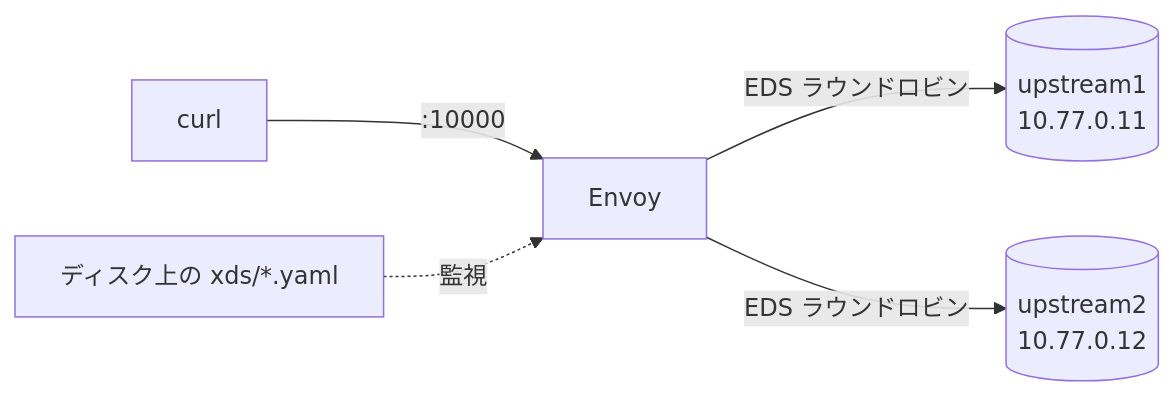
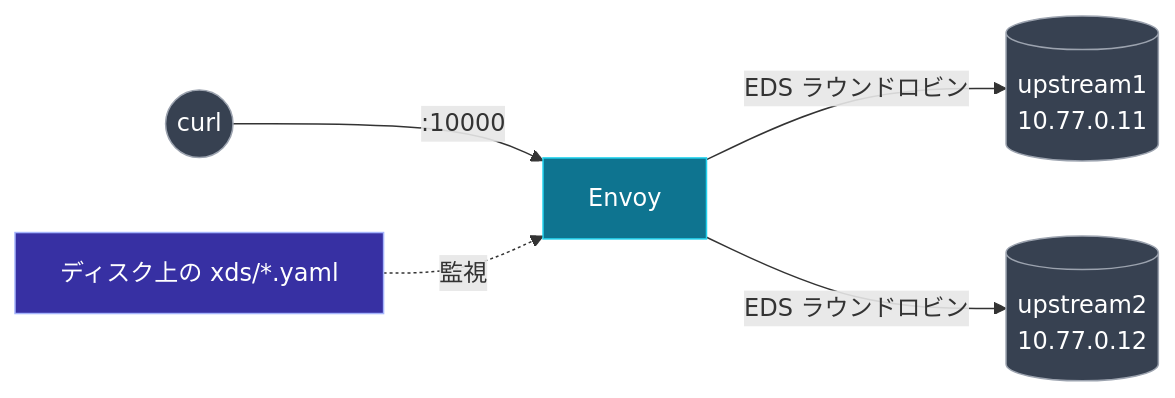
Before and after one commit to 0-draft/envoy-xds-deep-dive: the diagram in labs/01-filesystem-xds/README.ja.md, drawn with Mermaid. The commit also changed 27 other files, not shown here.

First line of the commit message:
docs: semantic color, distinct shapes, and a11y metadata for all mermaid diagrams

````diff
--- a/labs/01-filesystem-xds/README.ja.md
+++ b/labs/01-filesystem-xds/README.ja.md
@@ -26,7 +26,15 @@
 ```mermaid
 flowchart LR
-    you[curl] -- ":10000" --> envoy[Envoy]
+    accTitle: Lab 01 トポロジ
+    accDescr: curl がポート 10000 で Envoy に送る。Envoy は EDS で upstream1 と upstream2 にラウンドロビンする。ディスク上の xDS ファイルがコントロールプレーンとして働き、Envoy が監視する。
+    you((curl)) -- ":10000" --> envoy[Envoy]
     envoy -- EDS ラウンドロビン --> u1[(upstream1<br/>10.77.0.11)]
     envoy -- EDS ラウンドロビン --> u2[(upstream2<br/>10.77.0.12)]
     files[ディスク上の xds/*.yaml] -. 監視 .-> envoy
+    class envoy envoy
+    class files cp
+    class you,u1,u2 ext
+    classDef envoy fill:#0e7490,stroke:#22d3ee,color:#fff
+    classDef cp fill:#3730a3,stroke:#a5b4fc,color:#fff
+    classDef ext fill:#374151,stroke:#9ca3af,color:#fff
 ```
````
